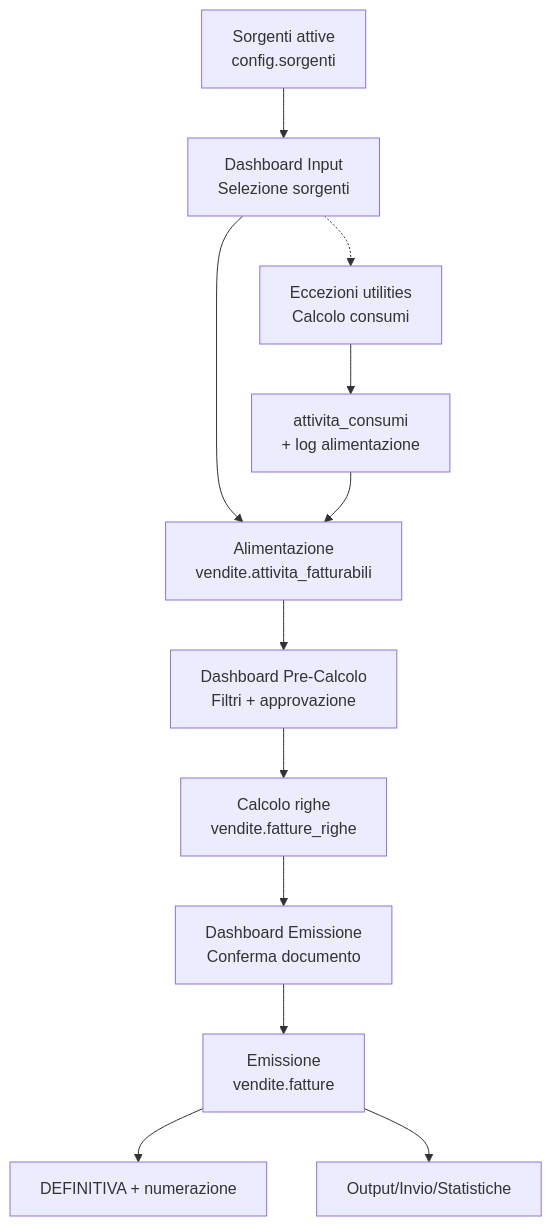
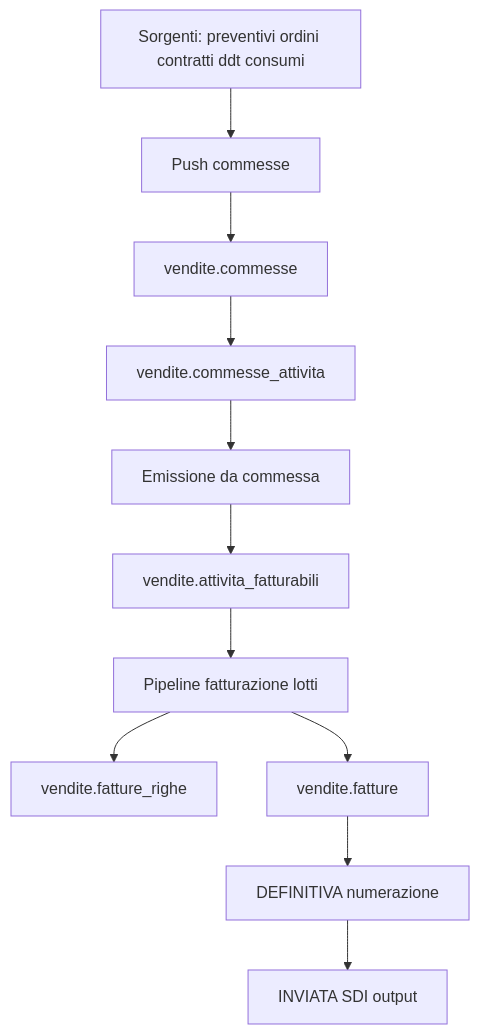
The first of 2 diagrams in docs/it/guide/fatturazione.md (Tito-it/ZeroErp), drawn with Mermaid before and after one commit. The commit also changed other lines of this file and 58 other files, not shown here.

Commit message:
Eliminato tutto lo sviluppo relativo  a pipeline attivita -fatturabile per passaggio a modalità commesse . cancellato riferimenti db , documentazione e test

````diff
--- a/docs/it/guide/fatturazione.md
+++ b/docs/it/guide/fatturazione.md
@@ -159,14 +35,13 @@
 ```mermaid
 flowchart TD
-  A[Sorgenti attive<br/>config.sorgenti] --> B[Dashboard Input<br/>Selezione sorgenti]
-  B --> C[Alimentazione<br/>vendite.attivita_fatturabili]
-  B -.-> X[Eccezioni utilities<br/>Calcolo consumi]
-  X --> XC[attivita_consumi<br/>+ log alimentazione]
-  XC --> C
-  C --> D[Dashboard Pre‑Calcolo<br/>Filtri + approvazione]
-  D --> E[Calcolo righe<br/>vendite.fatture_righe]
-  E --> F[Dashboard Emissione<br/>Conferma documento]
-  F --> G[Emissione<br/>vendite.fatture]
-  G --> GD[DEFINITIVA + numerazione]
-  G --> H[Output/Invio/Statistiche]
+  A[Sorgenti: preventivi ordini contratti ddt consumi] --> B[Push commesse]
+  B --> C[vendite.commesse]
+  C --> D[vendite.commesse_attivita]
+  D --> E[Emissione da commessa]
+  E --> F[vendite.attivita_fatturabili]
+  F --> G[Pipeline fatturazione lotti]
+  G --> H[vendite.fatture_righe]
+  G --> I[vendite.fatture]
+  I --> L[DEFINITIVA numerazione]
+  L --> M[INVIATA SDI output]
 ```
````
